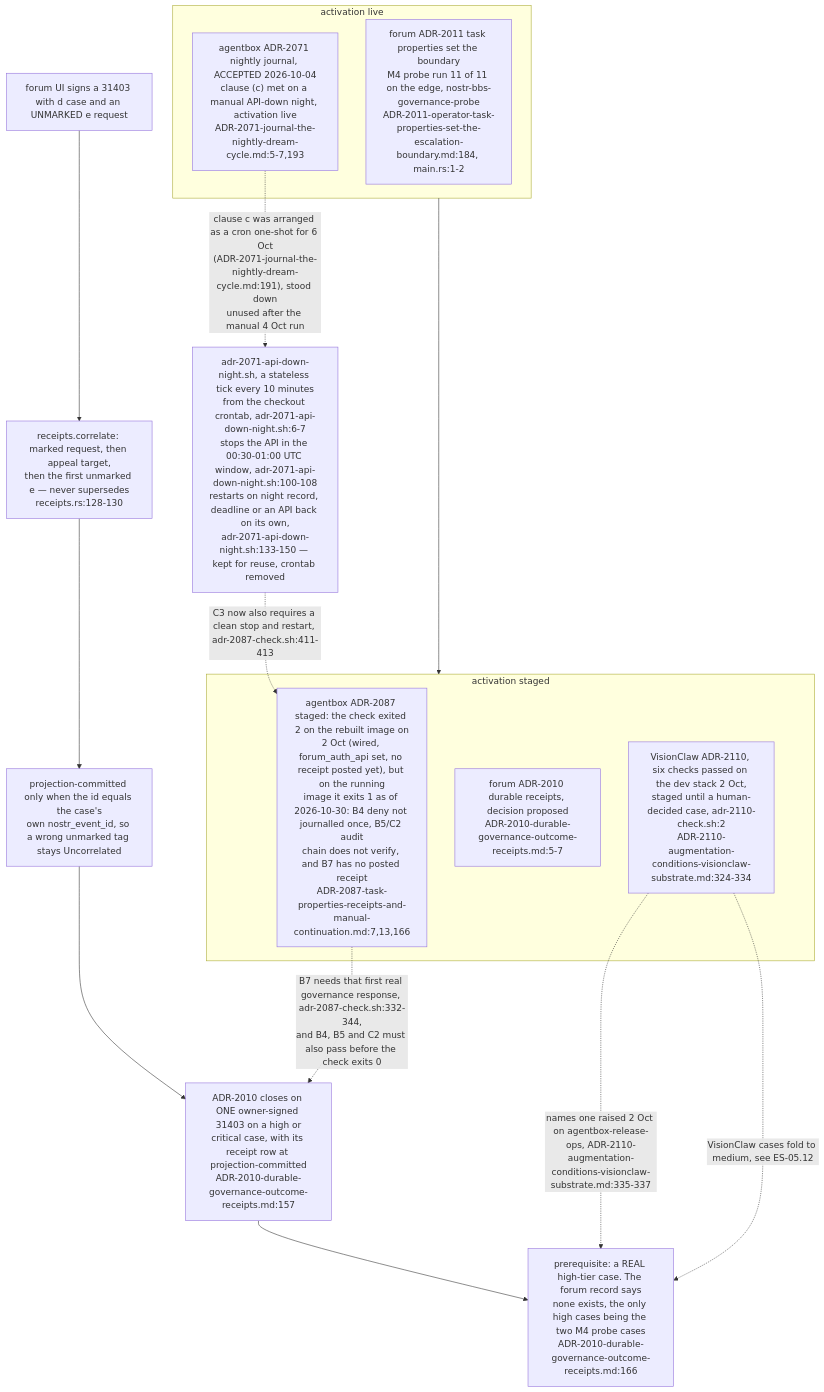
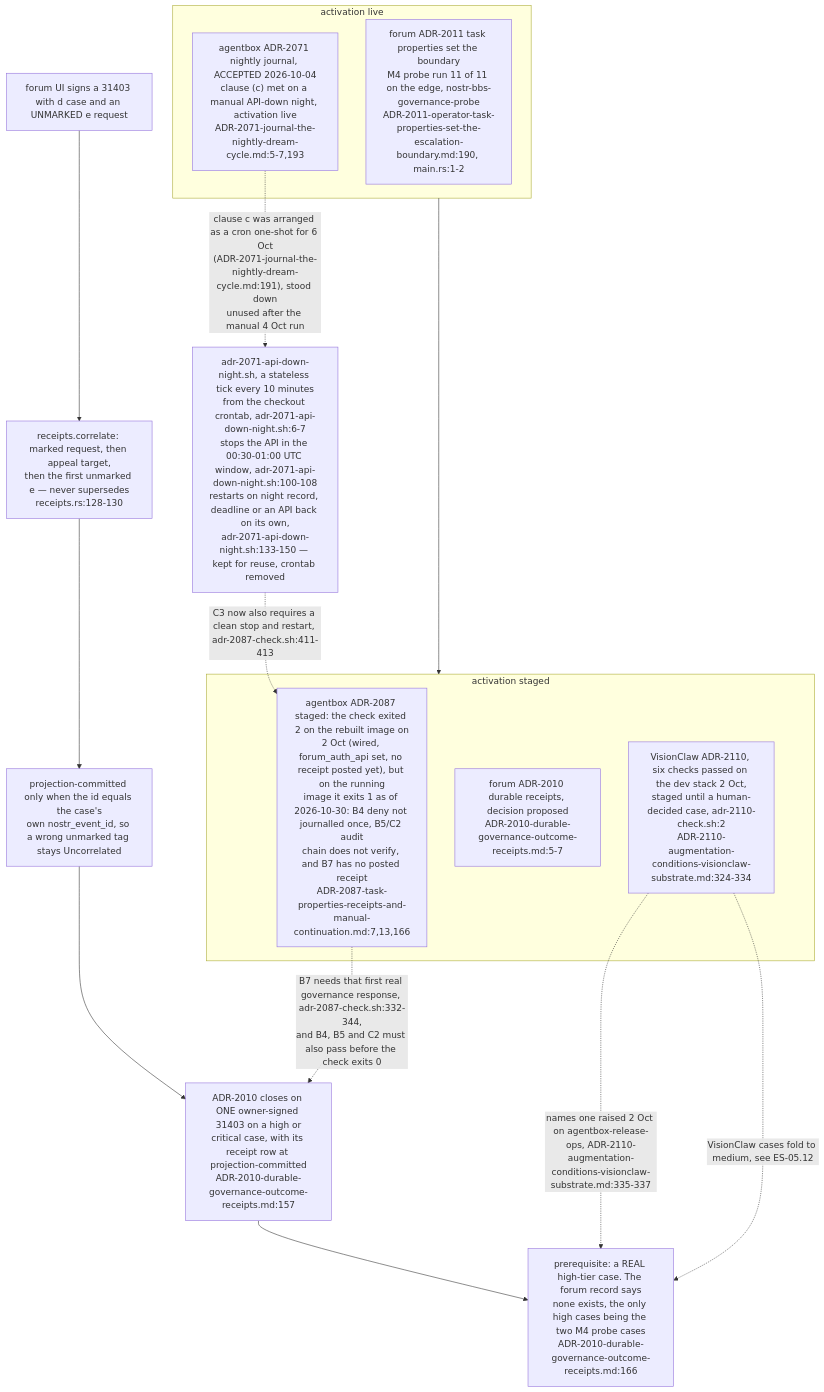
The tenth of 12 diagrams in docs/diagrams/estate/05-governance-loop-across-estate.md (DreamLab-AI/VisionFlow), drawn with Mermaid before and after one commit. The commit also changed other lines of this file and 154 other files, not shown here.

First line of the commit message:
docs(diagrams): re-stamp 154 topics whose every citation still reads the same text at the current heads

````diff
--- a/docs/diagrams/estate/05-governance-loop-across-estate.md
+++ b/docs/diagrams/estate/05-governance-loop-across-estate.md
@@ -332,23 +332,23 @@
 ```mermaid
 flowchart TB
     subgraph LIVE["activation live"]
-        F2011["forum ADR-2011 task properties set the boundary<br/>M4 probe run 11 of 11 on the edge, nostr-bbs-governance-probe<br/>ADR-2011-operator-task-properties-set-the-escalation-boundary.md:184, main.rs:1-2"]
+        F2011["forum ADR-2011 task properties set the boundary<br/>M4 probe run 11 of 11 on the edge, nostr-bbs-governance-probe<br/>ADR-2011-operator-task-properties-set-the-escalation-boundary.md:190, main.rs:1-2"]
         A2071["agentbox ADR-2071 nightly journal, ACCEPTED 2026-10-04<br/>clause (c) met on a manual API-down night, activation live<br/>ADR-2071-journal-the-nightly-dream-cycle.md:5-7,193"]
     end
     A2071 -.->|"clause c was arranged as a cron one-shot for 6 Oct<br/>(ADR-2071-journal-the-nightly-dream-cycle.md:191), stood down<br/>unused after the manual 4 Oct run"| ONESHOT["adr-2071-api-down-night.sh, a stateless tick every 10 minutes<br/>from the checkout crontab, adr-2071-api-down-night.sh:6-7<br/>stops the API in the 00:30-01:00 UTC window, adr-2071-api-down-night.sh:100-108<br/>restarts on night record, deadline or an API back on its own,<br/>adr-2071-api-down-night.sh:133-150 — kept for reuse, crontab removed"]
     ONESHOT -.->|"C3 now also requires a clean stop and restart, adr-2087-check.sh:411-413"| A2087
     subgraph STAGED["activation staged"]
         A2087["agentbox ADR-2087 staged: the check exited 2 on the rebuilt image on<br/>2 Oct (wired, forum_auth_api set, no receipt posted yet), but on the running<br/>image it exits 1 as of 2026-10-30: B4 deny not journalled once, B5/C2 audit<br/>chain does not verify, and B7 has no posted receipt<br/>ADR-2087-task-properties-receipts-and-manual-continuation.md:7,13,166"]
         F2010["forum ADR-2010 durable receipts, decision proposed<br/>ADR-2010-durable-governance-outcome-receipts.md:5-7"]
         V2110["VisionClaw ADR-2110, six checks passed on the dev stack 2 Oct,<br/>staged until a human-decided case, adr-2110-check.sh:2<br/>ADR-2110-augmentation-conditions-visionclaw-substrate.md:324-334"]
     end
     LIVE --> STAGED
 
     UI["forum UI signs a 31403 with d case and an UNMARKED e request"] --> COR["receipts.correlate: marked request, then appeal target,<br/>then the first unmarked e — never supersedes<br/>receipts.rs:128-130"]
     COR --> PROJ["projection-committed only when the id equals the case's<br/>own nostr_event_id, so a wrong unmarked tag stays Uncorrelated"]
     PROJ --> ACC["ADR-2010 closes on ONE owner-signed 31403 on a high or<br/>critical case, with its receipt row at projection-committed<br/>ADR-2010-durable-governance-outcome-receipts.md:157"]
     ACC --> NOCASE["prerequisite: a REAL high-tier case. The forum record says<br/>none exists, the only high cases being the two M4 probe cases<br/>ADR-2010-durable-governance-outcome-receipts.md:166"]
     V2110 -.->|"names one raised 2 Oct on agentbox-release-ops, ADR-2110-augmentation-conditions-visionclaw-substrate.md:335-337"| NOCASE
     V2110 -.->|"VisionClaw cases fold to medium, see ES-05.12"| NOCASE
     A2087 -.->|"B7 needs that first real governance response, adr-2087-check.sh:332-344,<br/>and B4, B5 and C2 must also pass before the check exits 0"| ACC
 ```
````
